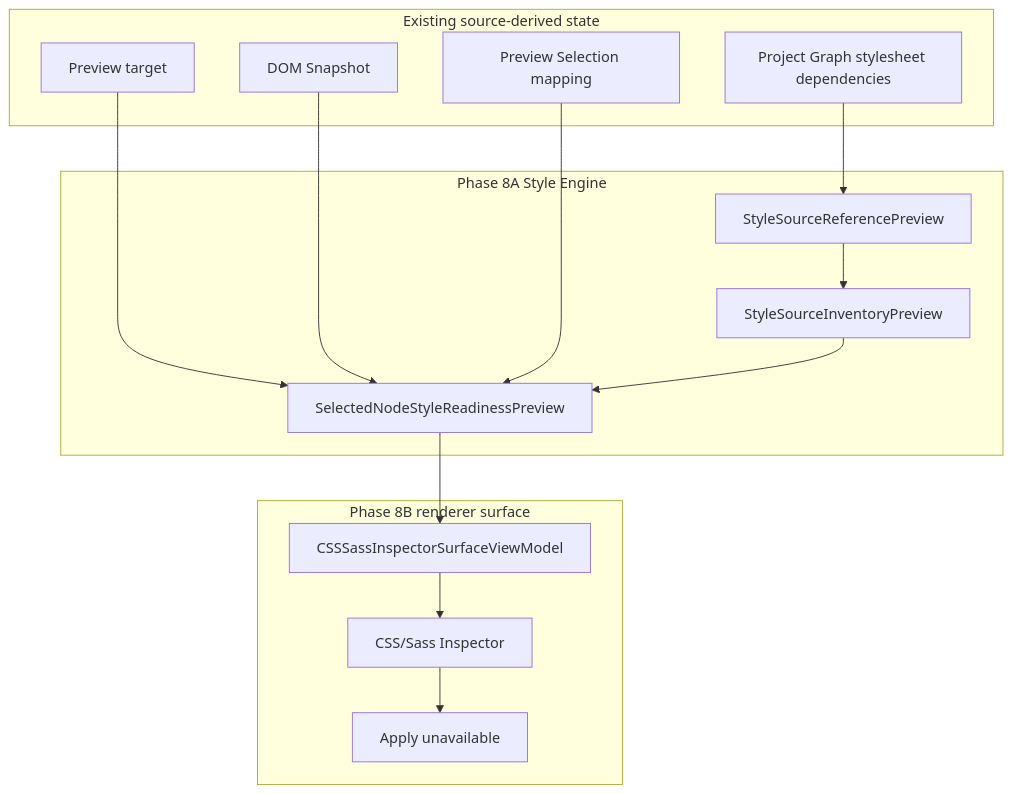
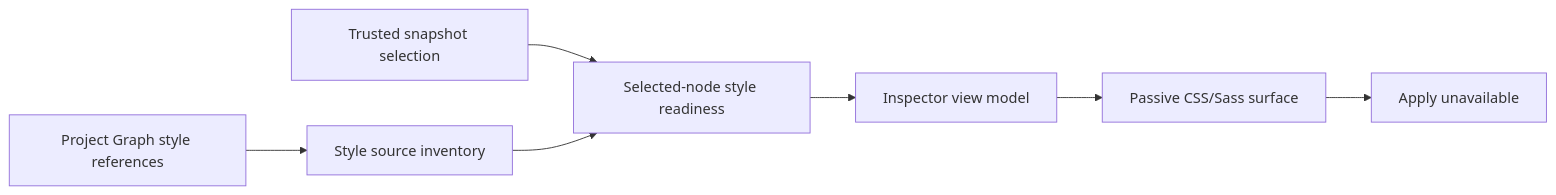
One commit to krestosa/Crystal changed the diagram in docs/architecture/css-sass-inspector-readonly-surface.md. Above: the diagram before and after it, drawn with Mermaid. The commit also changed other lines of this file and 60 other files, not shown here.

````diff
--- a/docs/architecture/css-sass-inspector-readonly-surface.md
+++ b/docs/architecture/css-sass-inspector-readonly-surface.md
@@ -68,27 +13,9 @@
 ```mermaid
-flowchart TD
-  subgraph Existing[Existing source-derived state]
-    Preview[Preview target]
-    Snapshot[DOM Snapshot]
-    Selection[Preview Selection mapping]
-    Dependencies[Project Graph stylesheet dependencies]
-  end
-
-  subgraph Phase8A[Phase 8A Style Engine]
-    Sources[StyleSourceReferencePreview]
-    Inventory[StyleSourceInventoryPreview]
-    Readiness[SelectedNodeStyleReadinessPreview]
-  end
-
-  subgraph Phase8B[Phase 8B renderer surface]
-    ViewModel[CSSSassInspectorSurfaceViewModel]
-    Surface[CSS/Sass Inspector]
-    Apply[Apply unavailable]
-  end
-
-  Dependencies --> Sources --> Inventory
-  Preview --> Readiness
-  Snapshot --> Readiness
-  Selection --> Readiness
-  Inventory --> Readiness --> ViewModel --> Surface --> Apply
+flowchart LR
+  Dependencies[Project Graph style references] --> Inventory[Style source inventory]
+  Selection[Trusted snapshot selection] --> Readiness[Selected-node style readiness]
+  Inventory --> Readiness
+  Readiness --> ViewModel[Inspector view model]
+  ViewModel --> Surface[Passive CSS/Sass surface]
+  Surface --> Disabled[Apply unavailable]
 ```
````
